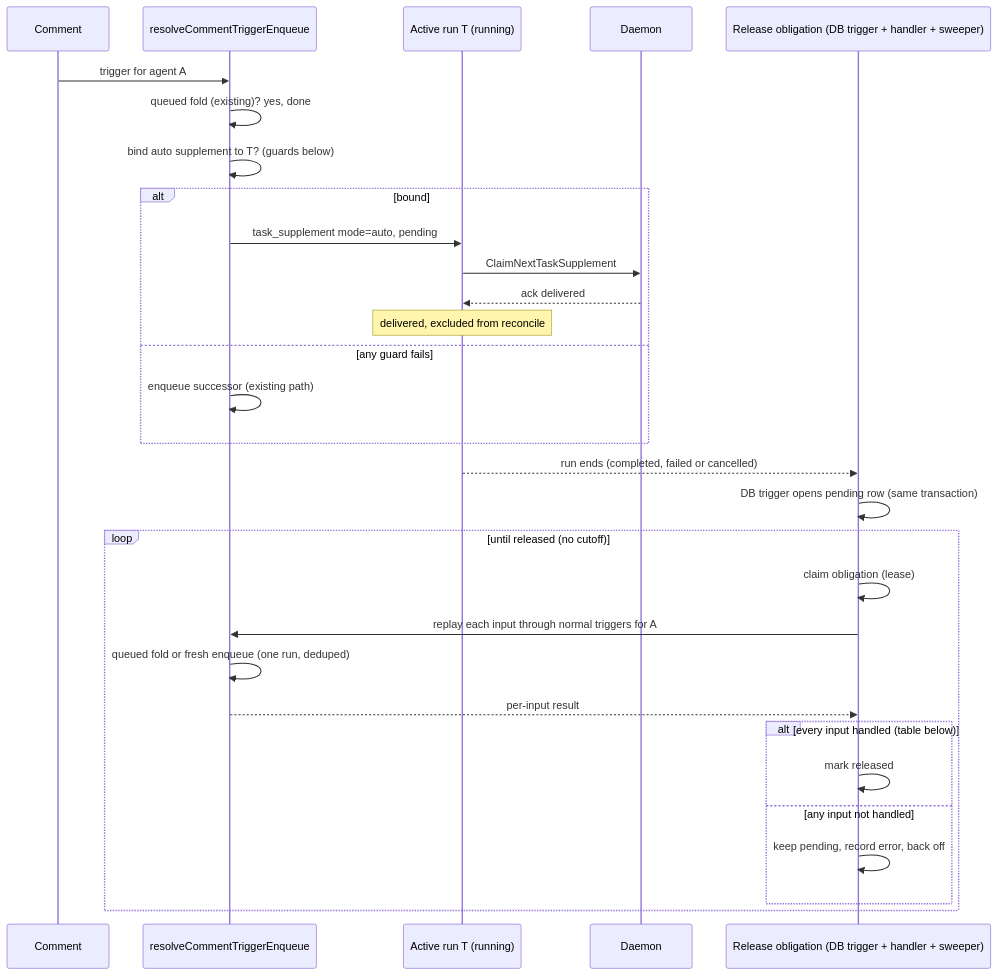
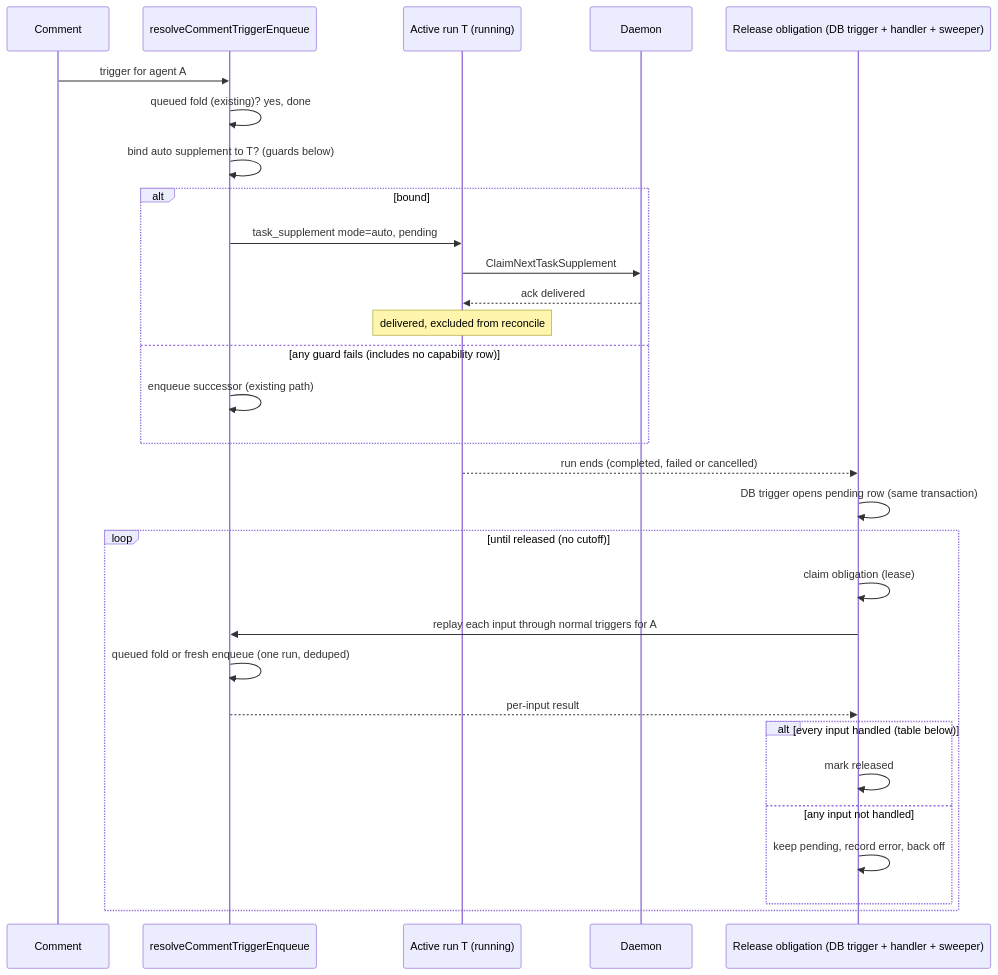
Before and after one commit to cheese-work/multica: the diagram in docs/engineering/active-run-comment-fold.md, drawn with Mermaid. The commit also changed other lines of this file, not shown here.

Commit message:
docs(triggers): measure capability coverage and narrow explicit-cancel ack in the fold plan (CHE-1442)

````diff
--- a/docs/engineering/active-run-comment-fold.md
+++ b/docs/engineering/active-run-comment-fold.md
@@ -37,32 +37,32 @@
 ```mermaid
 sequenceDiagram
     participant C as Comment
     participant R as resolveCommentTriggerEnqueue
     participant T as Active run T (running)
     participant D as Daemon
     participant X as Release obligation (DB trigger + handler + sweeper)
     C->>R: trigger for agent A
     R->>R: queued fold (existing)? yes, done
     R->>R: bind auto supplement to T? (guards below)
     alt bound
         R->>T: task_supplement mode=auto, pending
         T->>D: ClaimNextTaskSupplement
         D-->>T: ack delivered
         Note over T: delivered, excluded from reconcile
-    else any guard fails
+    else any guard fails (includes no capability row)
         R->>R: enqueue successor (existing path)
     end
     T-->>X: run ends (completed, failed or cancelled)
     X->>X: DB trigger opens pending row (same transaction)
     loop until released (no cutoff)
         X->>X: claim obligation (lease)
         X->>R: replay each input through normal triggers for A
         R->>R: queued fold or fresh enqueue (one run, deduped)
         R-->>X: per-input result
         alt every input handled (table below)
             X->>X: mark released
         else any input not handled
             X->>X: keep pending, record error, back off
         end
     end
 ```
````
